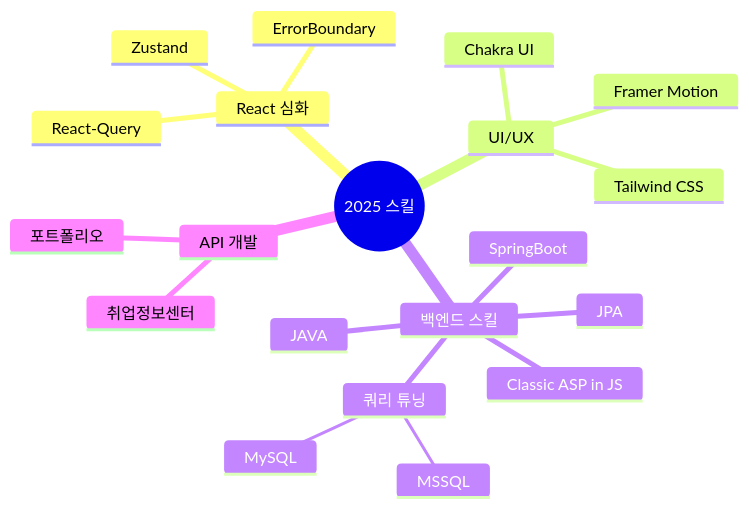
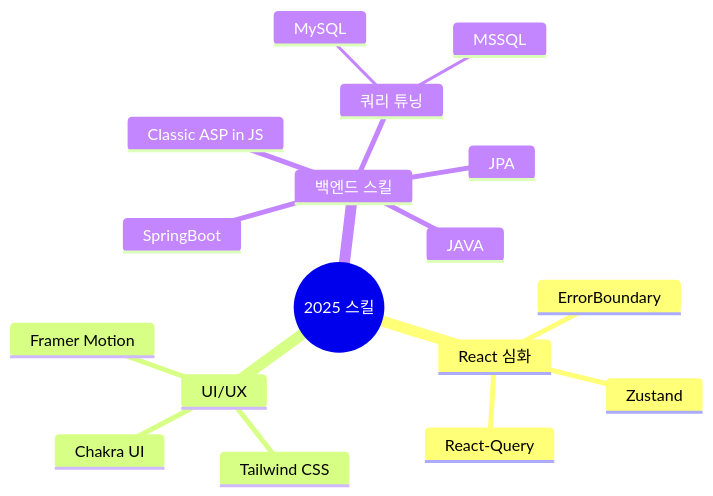
One commit to SnowsFE/SnowsFE changed the diagram in README.md. Above: the diagram before and after it, drawn with Mermaid.

````diff
--- a/README.md
+++ b/README.md
@@ -145,23 +145,20 @@
 ```mermaid
 mindmap
   root((2025 스킬))
     React 심화
       Zustand
       React-Query
       ErrorBoundary
     UI/UX
       Chakra UI
       Tailwind CSS
       Framer Motion
     백엔드 스킬
       Classic ASP in JS
       SpringBoot
       JAVA
       JPA
       쿼리 튜닝
         MSSQL
         MySQL
-    API 개발
-      포트폴리오
-      취업정보센터
 ```
````
